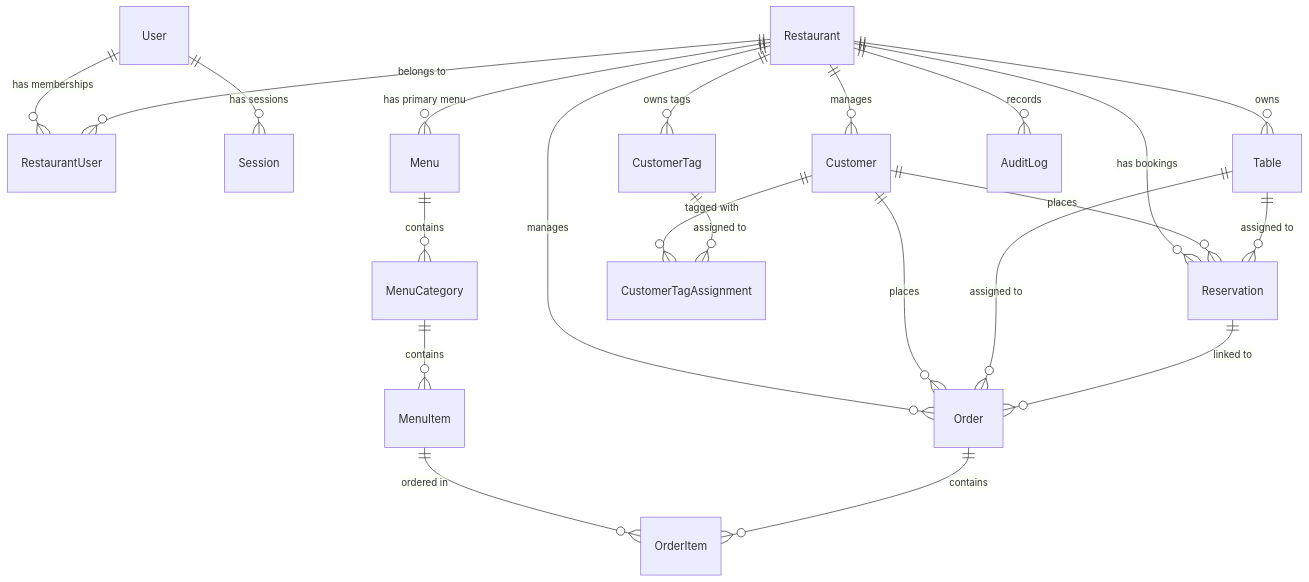
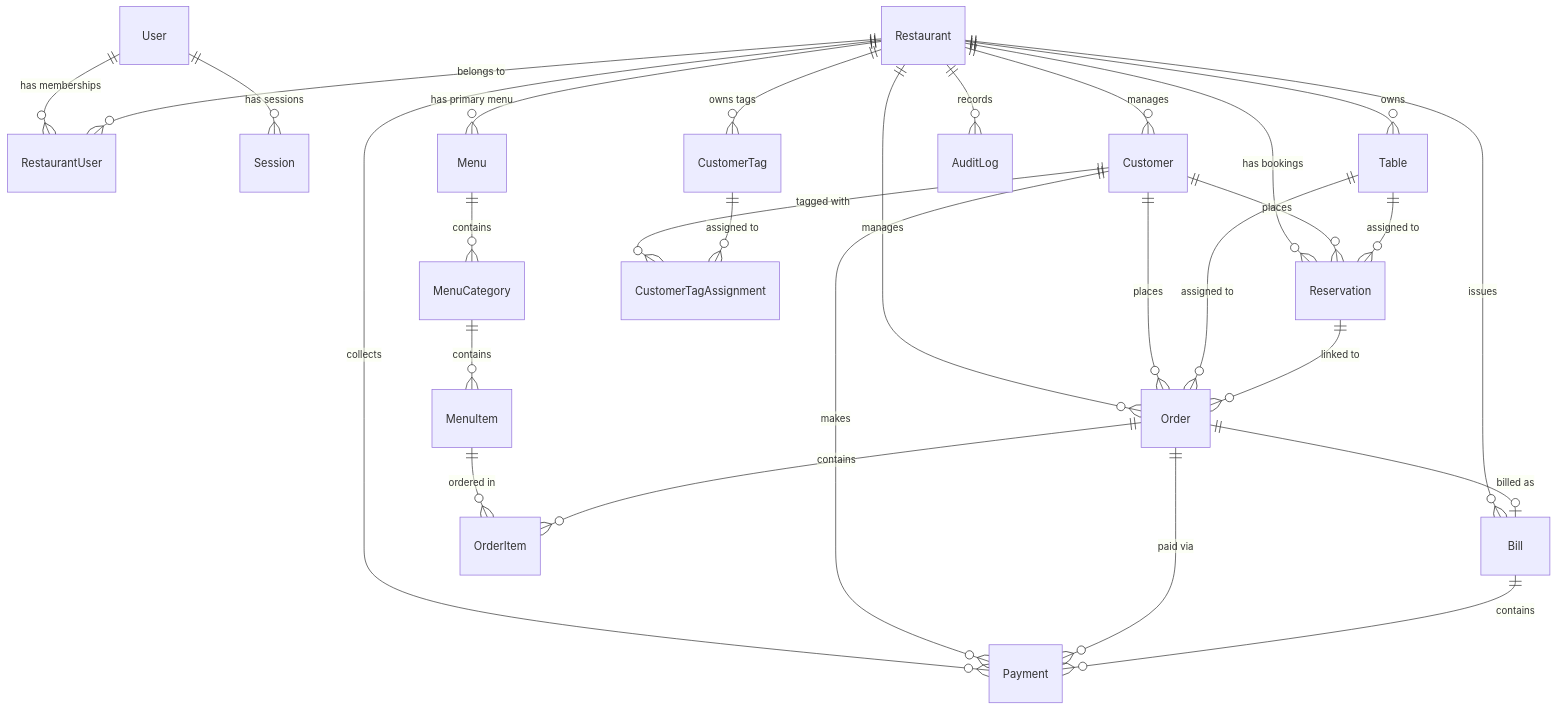
One commit to Ajay913954/DinePilot changed the diagram in README.md. Above: the diagram before and after it, drawn with Mermaid. The commit also changed other lines of this file, not shown here.

````diff
--- a/README.md
+++ b/README.md
@@ -97,24 +111,30 @@
 ```mermaid
 erDiagram
     User ||--o{ RestaurantUser : "has memberships"
     User ||--o{ Session : "has sessions"
     Restaurant ||--o{ RestaurantUser : "belongs to"
     Restaurant ||--o{ Table : "owns"
     Restaurant ||--o{ Customer : "manages"
     Restaurant ||--o{ CustomerTag : "owns tags"
     Restaurant ||--o{ Reservation : "has bookings"
     Restaurant ||--o{ Menu : "has primary menu"
     Restaurant ||--o{ Order : "manages"
+    Restaurant ||--o{ Bill : "issues"
+    Restaurant ||--o{ Payment : "collects"
     Restaurant ||--o{ AuditLog : "records"
     Menu ||--o{ MenuCategory : "contains"
     MenuCategory ||--o{ MenuItem : "contains"
     Customer ||--o{ Reservation : "places"
     Customer ||--o{ CustomerTagAssignment : "tagged with"
     Customer ||--o{ Order : "places"
+    Customer ||--o{ Payment : "makes"
     CustomerTag ||--o{ CustomerTagAssignment : "assigned to"
     Table ||--o{ Reservation : "assigned to"
     Table ||--o{ Order : "assigned to"
     Reservation ||--o{ Order : "linked to"
     MenuItem ||--o{ OrderItem : "ordered in"
     Order ||--o{ OrderItem : "contains"
+    Order ||--o| Bill : "billed as"
+    Order ||--o{ Payment : "paid via"
+    Bill ||--o{ Payment : "contains"
 ```
````
